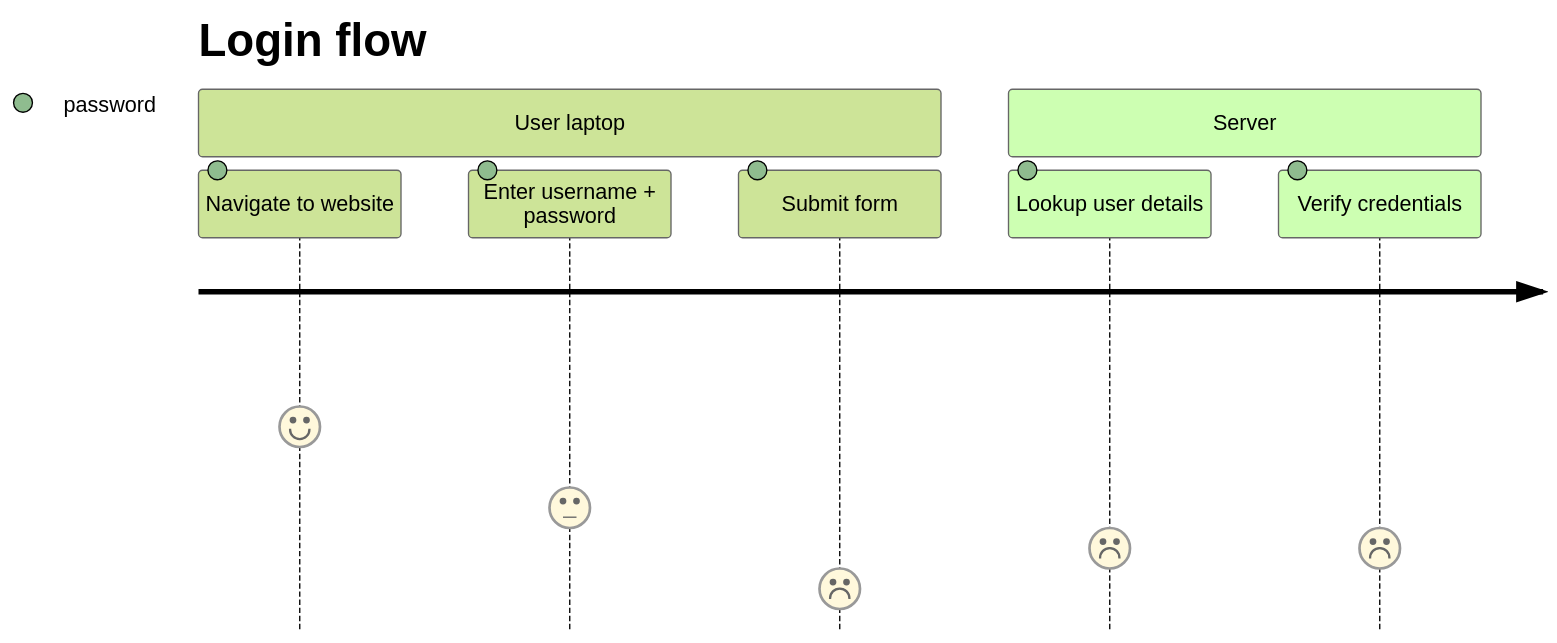
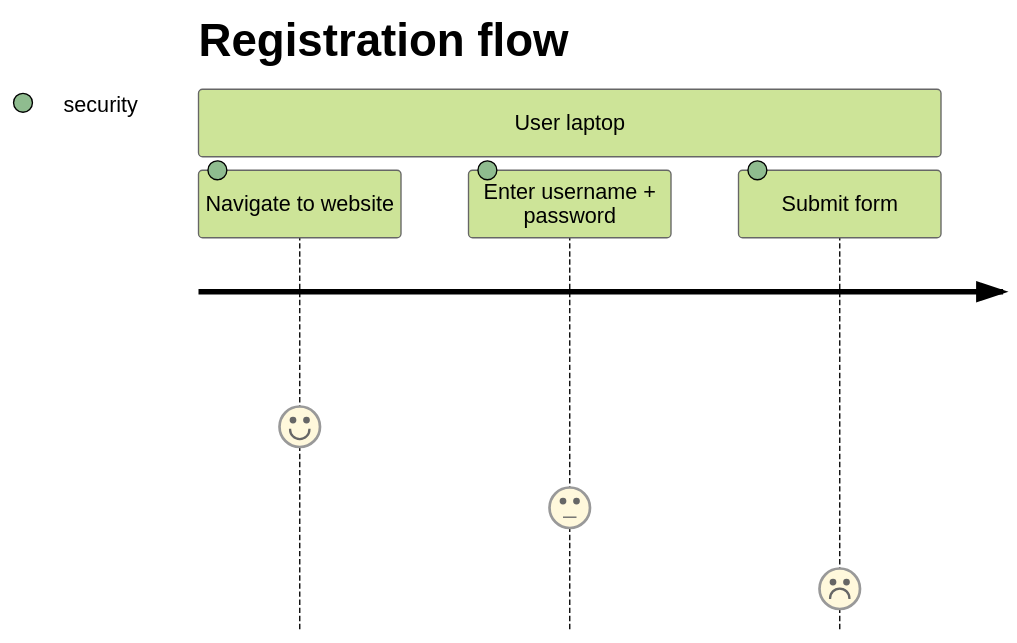
One commit to EnoF/WebAuthnTalk changed the fifth of 10 diagrams in source.md. Above: the diagram before and after it, drawn with Mermaid (forest theme). The commit also changed other lines of this file and 8 other files, not shown here.

````diff
--- a/source.md
+++ b/source.md
@@ -55,11 +99,8 @@
 ```{.mermaid width=100% format=svg theme=dark background=transparent}
 journey
-  title Login flow
+  title Registration flow
   section User laptop
-    Navigate to website: 5: password
-    Enter username + password: 3: password
-    Submit form: 1: password
-  section Server
-    Lookup user details: 2: password
-    Verify credentials: 2: password
+    Navigate to website: 5: security
+    Enter username + password: 3: security
+    Submit form: 1: security
 ```
````
